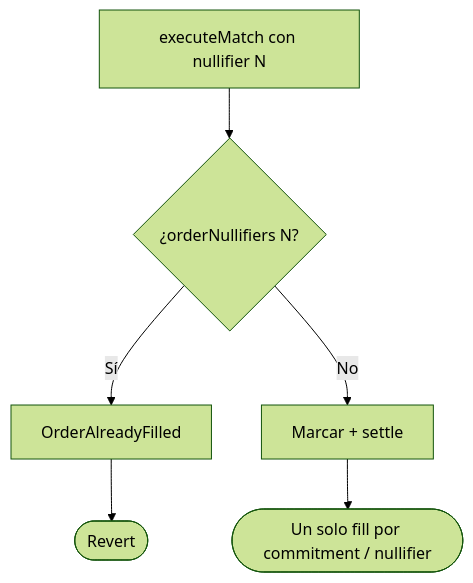
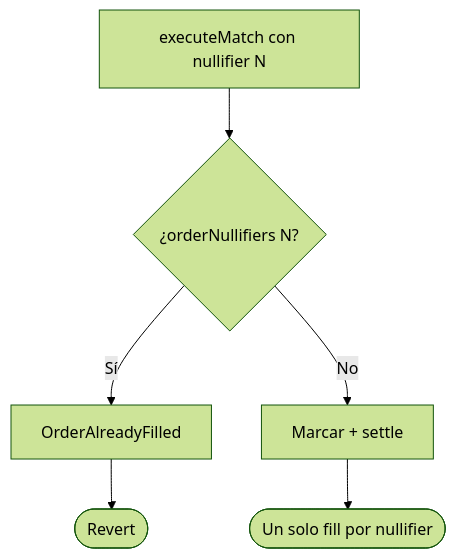
One commit to rastrahm/zk-dark-pool changed the fifth of 7 diagrams in doc/diagrama-de-flujo.md. Above: the diagram before and after it, drawn with Mermaid (forest theme). The commit also changed other lines of this file and 13 other files, not shown here.

````diff
--- a/doc/diagrama-de-flujo.md
+++ b/doc/diagrama-de-flujo.md
@@ -92,8 +97,8 @@
 ```mermaid
 flowchart TD
     A[executeMatch con nullifier N] --> B{¿orderNullifiers N?}
     B -->|Sí| D[OrderAlreadyFilled]
     B -->|No| E[Marcar + settle]
     D --> Fail([Revert])
-    E --> Ok([Un solo fill por commitment / nullifier])
+    E --> Ok([Un solo fill por nullifier])
 ```
````
